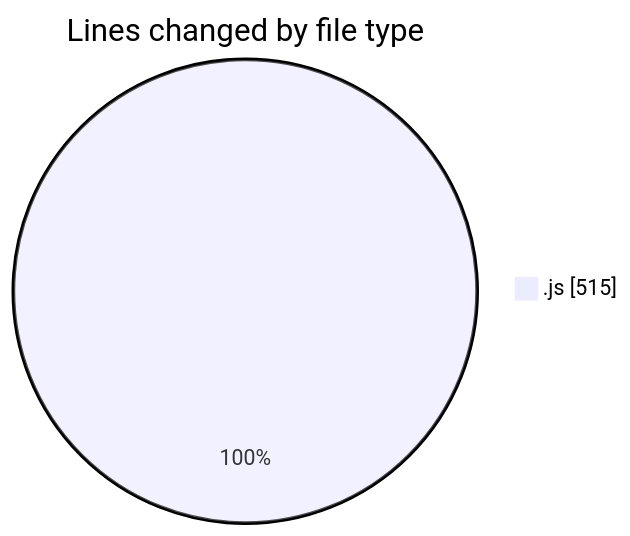
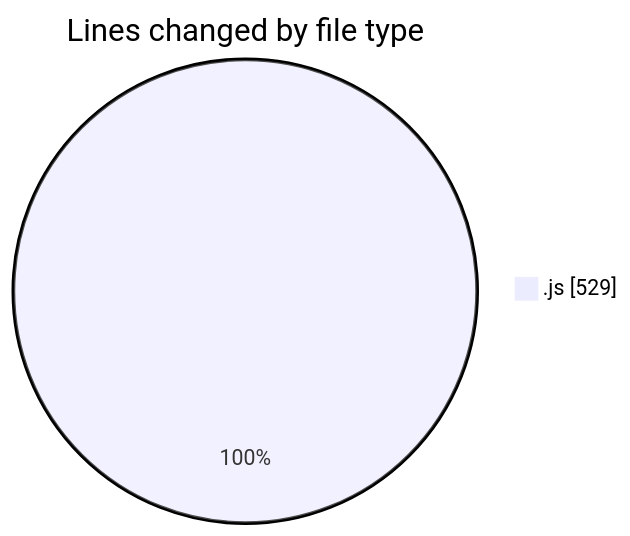
One commit to nxtqubesakshisongat/code-tracking changed the first of 2 diagrams in 2025-06-19/nxtqube_webapp/README.md. Above: the diagram before and after it, drawn with Mermaid. The commit also changed other lines of this file and 1 other file, not shown here.

````diff
--- a/2025-06-19/nxtqube_webapp/README.md
+++ b/2025-06-19/nxtqube_webapp/README.md
@@ -27,5 +28,5 @@
 ```mermaid
 pie showData
 title Lines changed by file type
-".js" : 515
+".js" : 529
 ```
````
